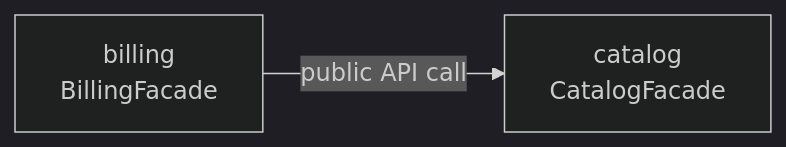
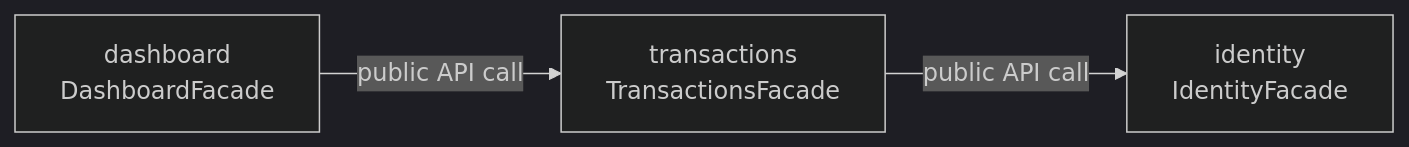
Before and after one commit to Naudi13/budget-tracker: the diagram in docs/09-modules/module-catalog.md, drawn with Mermaid (dark theme). The commit also changed other lines of this file and 12 other files, not shown here.

````diff
--- a/docs/09-modules/module-catalog.md
+++ b/docs/09-modules/module-catalog.md
@@ -30,4 +25,5 @@
 ```mermaid
 flowchart LR
-    billing["billing<br/>BillingFacade"] -->|public API call| catalog["catalog<br/>CatalogFacade"]
+    dashboard["dashboard<br/>DashboardFacade"] -->|public API call| transactions["transactions<br/>TransactionsFacade"]
+    transactions -->|public API call| identity["identity<br/>IdentityFacade"]
 ```
````
